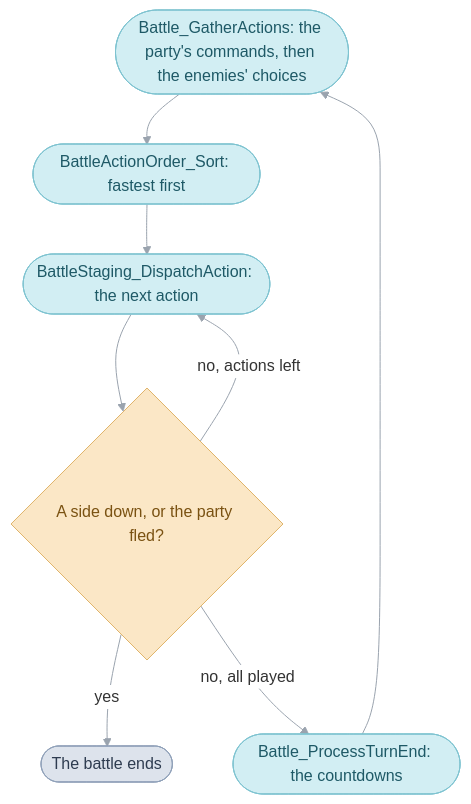
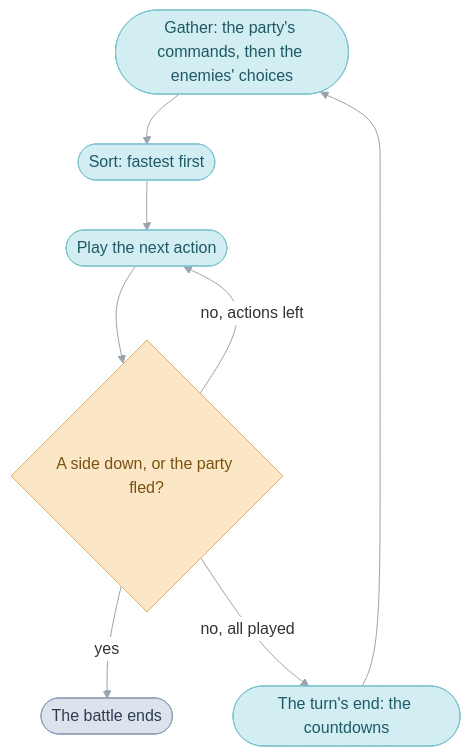
Before and after one commit to PascalPixel/alchemy: the second of 7 diagrams in games/tbs/src/battle/README.md, drawn with Mermaid. The commit also changed other lines of this file and 21 other files, not shown here.

````diff
--- a/games/tbs/src/battle/README.md
+++ b/games/tbs/src/battle/README.md
@@ -170,17 +147,17 @@
 ```mermaid
 %%{init: {"theme": "base", "themeVariables": {"lineColor": "#9AA3AE", "edgeLabelBackground": "#FFFFFF"}, "flowchart": {"curve": "basis", "padding": 12}}}%%
 flowchart TD
-  gather(["Battle_GatherActions: the party's commands, then the enemies' choices"]) --> sort(["BattleActionOrder_Sort: fastest first"])
-  sort --> play(["BattleStaging_DispatchAction: the next action"])
+  gather(["Gather: the party's commands, then the enemies' choices"]) --> sort(["Sort: fastest first"])
+  sort --> play(["Play the next action"])
   play --> beaten{"A side down, or the party fled?"}
   beaten -- yes --> over(["The battle ends"])
   beaten -- "no, actions left" --> play
-  beaten -- "no, all played" --> turnEnd(["Battle_ProcessTurnEnd: the countdowns"])
+  beaten -- "no, all played" --> turnEnd(["The turn's end: the countdowns"])
   turnEnd --> gather
   classDef turn fill:#D2EEF3,stroke:#7FC3D0,color:#1E5966
   classDef check fill:#FBE7C6,stroke:#E0B46A,color:#7A5212
   classDef out fill:#DDE3EC,stroke:#8FA0B8,color:#2E3C50
   class gather,sort,play,turnEnd turn
   class beaten check
   class over out
 ```
````
